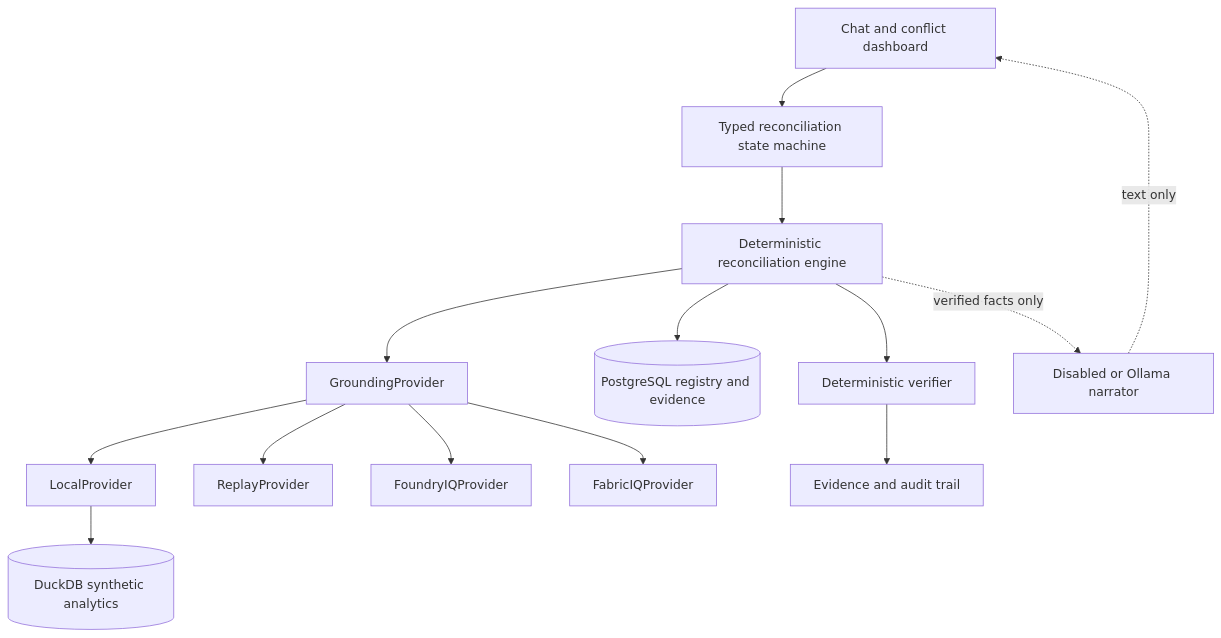
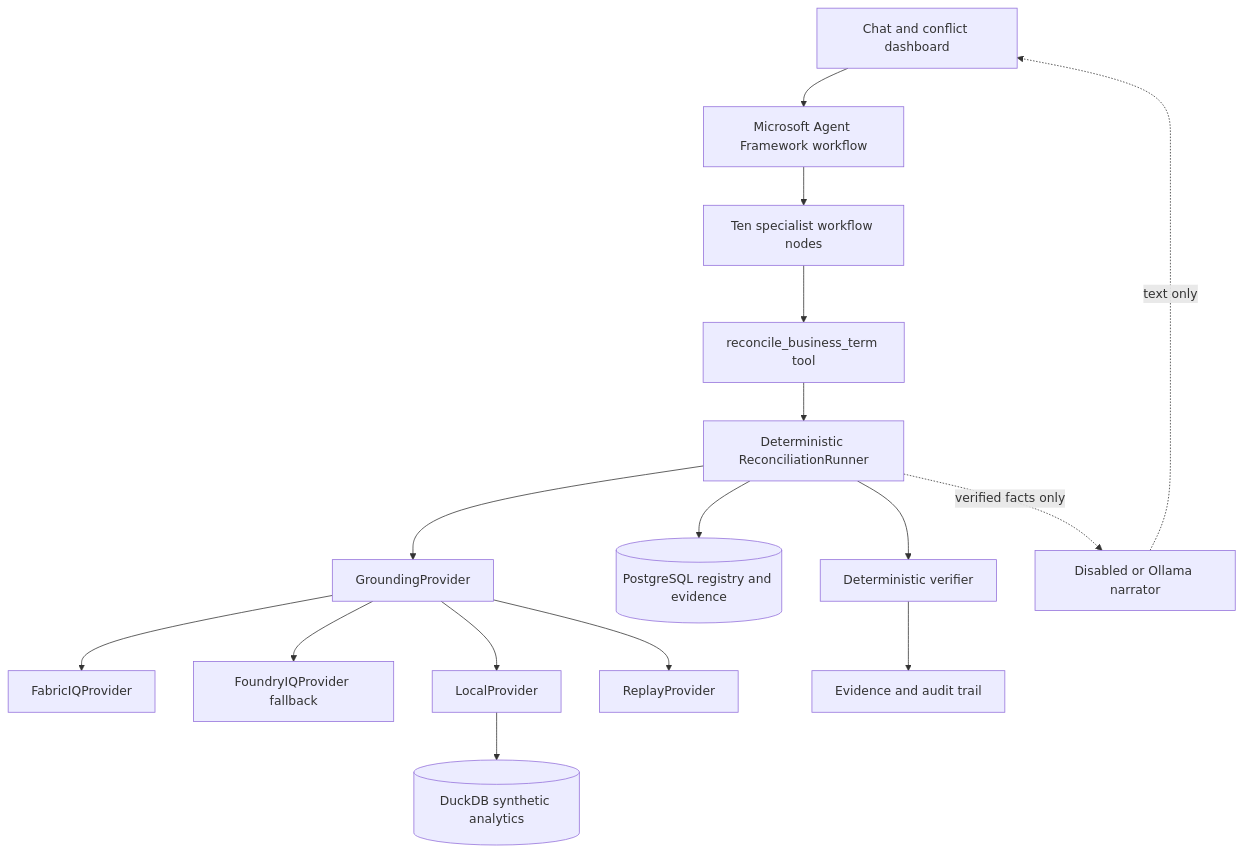
The diagram in README.md (karimbaidar/concordIQ), drawn with Mermaid before and after one commit. The commit also changed other lines of this file and 20 other files, not shown here.

Commit message:
feat: add Microsoft Agent Framework orchestration

````diff
--- a/README.md
+++ b/README.md
@@ -134,16 +138,18 @@
 ```mermaid
 flowchart TD
-    UI["Chat and conflict dashboard"] --> DAG["Typed reconciliation state machine"]
-    DAG --> ENGINE["Deterministic reconciliation engine"]
+    UI["Chat and conflict dashboard"] --> MAF["Microsoft Agent Framework workflow"]
+    MAF --> NODES["Ten specialist workflow nodes"]
+    NODES --> TOOL["reconcile_business_term tool"]
+    TOOL --> ENGINE["Deterministic ReconciliationRunner"]
     ENGINE --> GROUNDING["GroundingProvider"]
+    GROUNDING --> FABRIC["FabricIQProvider"]
+    GROUNDING --> FOUNDRY["FoundryIQProvider fallback"]
     GROUNDING --> LOCAL["LocalProvider"]
     GROUNDING --> REPLAY["ReplayProvider"]
-    GROUNDING --> FOUNDRY["FoundryIQProvider"]
-    GROUNDING --> FABRIC["FabricIQProvider"]
     LOCAL --> DUCKDB[("DuckDB synthetic analytics")]
     ENGINE --> POSTGRES[("PostgreSQL registry and evidence")]
     ENGINE --> VERIFY["Deterministic verifier"]
     VERIFY --> AUDIT["Evidence and audit trail"]
     ENGINE -. "verified facts only" .-> LLM["Disabled or Ollama narrator"]
     LLM -. "text only" .-> UI
 ```
````
